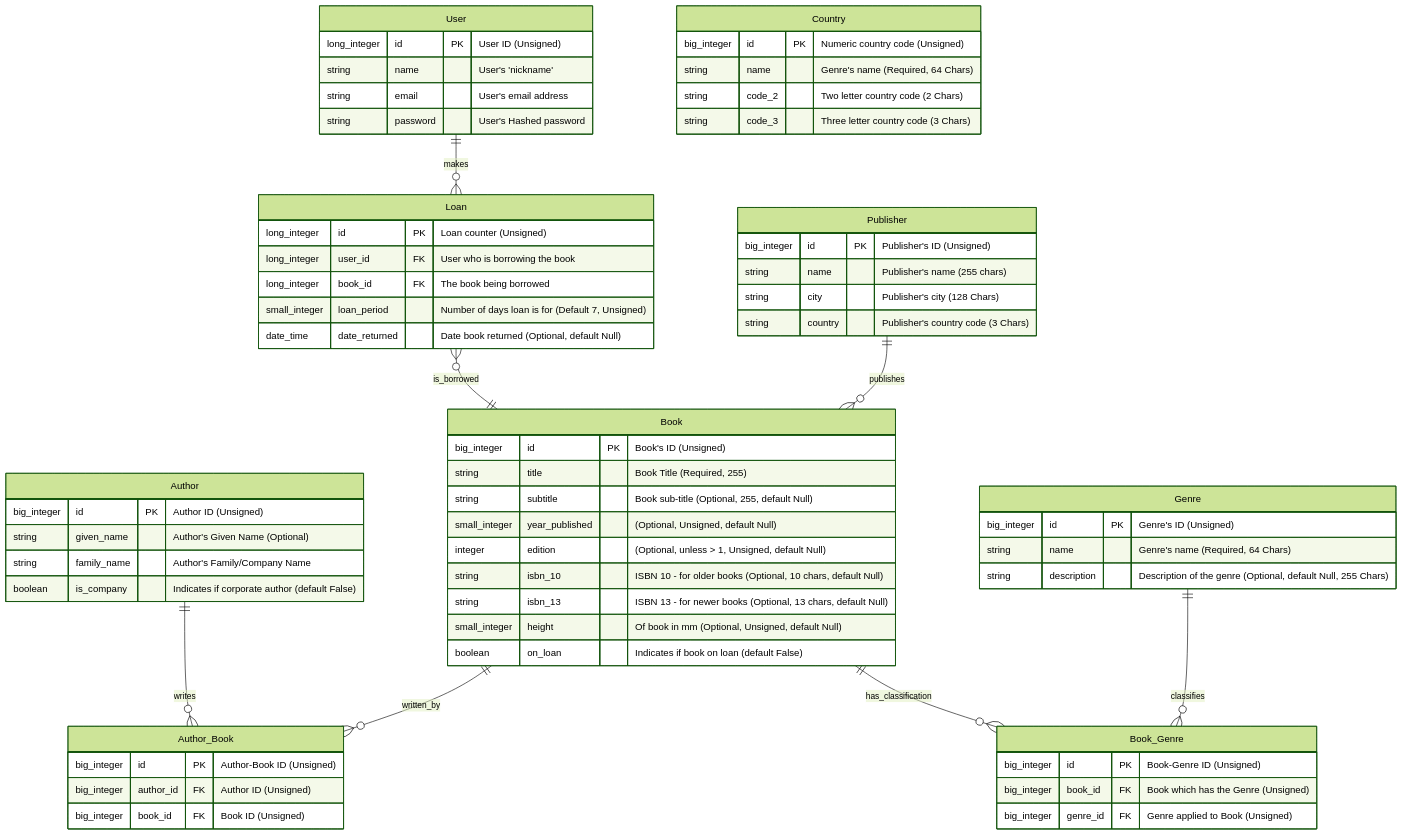
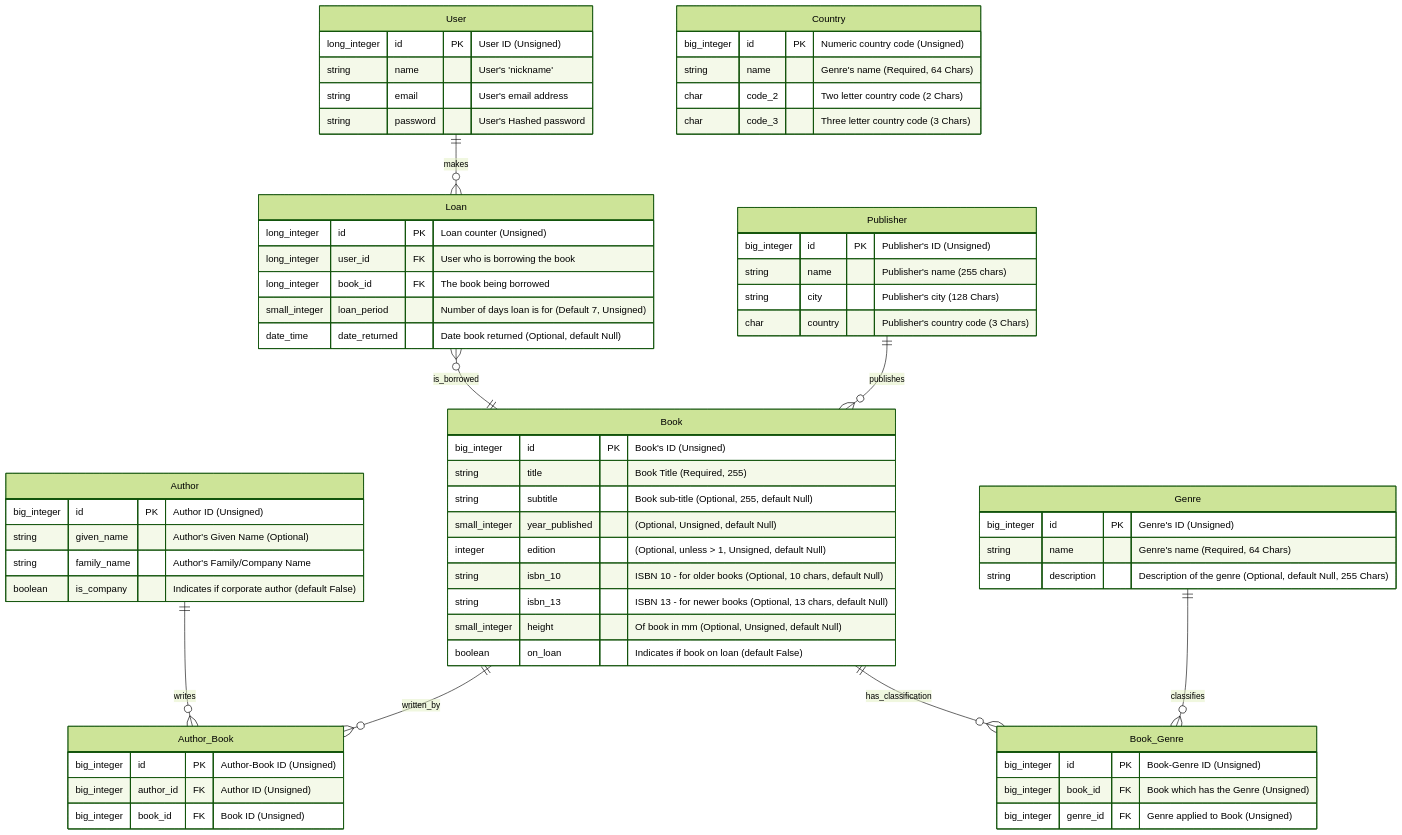
Before and after one commit to AdyGCode/ICT50120-SaaS-Library: the diagram in _docs/ReadMe-00-Library-ER.md, drawn with Mermaid.

Commit message:
fix(countries): Change code_* to be char type.

````diff
--- a/_docs/ReadMe-00-Library-ER.md
+++ b/_docs/ReadMe-00-Library-ER.md
@@ -6,78 +6,78 @@
 ```mermaid
 %%{init: {'theme': 'forest'}}%%
 
 erDiagram
     Loan {
         long_integer    id              PK      "Loan counter (Unsigned)"
         long_integer    user_id         FK      "User who is borrowing the book"
         long_integer    book_id         FK      "The book being borrowed"
         small_integer   loan_period             "Number of days loan is for (Default 7, Unsigned)"
         date_time       date_returned           "Date book returned (Optional, default Null)"
     }
 
     User {
         long_integer    id              PK      "User ID (Unsigned)"
         string          name                    "User's 'nickname'"
         string          email                   "User's email address"
         string          password                "User's Hashed password"
     }
     
     Author {
         big_integer     id              PK      "Author ID (Unsigned)"
         string          given_name              "Author's Given Name (Optional)"
         string          family_name             "Author's Family/Company Name"
         boolean         is_company              "Indicates if corporate author (default False)"
     }
     
     Book {
         big_integer     id              PK      "Book's ID (Unsigned)"
         string          title                   "Book Title (Required, 255)"
         string          subtitle                "Book sub-title (Optional, 255, default Null)"
         small_integer   year_published          "(Optional, Unsigned, default Null)"
         integer         edition                 "(Optional, unless > 1, Unsigned, default Null)"
         string          isbn_10                 "ISBN 10 - for older books (Optional, 10 chars, default Null)"
         string          isbn_13                 "ISBN 13 - for newer books (Optional, 13 chars, default Null)"
         small_integer   height                  "Of book in mm (Optional, Unsigned, default Null)"
         boolean         on_loan                 "Indicates if book on loan (default False)"
     }
     
     Publisher {
         big_integer     id              PK      "Publisher's ID (Unsigned)"
         string          name                    "Publisher's name (255 chars)"
         string          city                    "Publisher's city (128 Chars)"
-        string          country                 "Publisher's country code (3 Chars)"
+        char            country                 "Publisher's country code (3 Chars)"
     }
 
     Genre {
         big_integer     id              PK      "Genre's ID (Unsigned)"
         string          name                    "Genre's name (Required, 64 Chars)"
         string          description             "Description of the genre (Optional, default Null, 255 Chars)"
     }
 
     Book_Genre {
         big_integer     id              PK      "Book-Genre ID (Unsigned)"
         big_integer     book_id         FK      "Book which has the Genre (Unsigned)"
         big_integer     genre_id        FK      "Genre applied to Book (Unsigned)"
     }
         
     Author_Book {
         big_integer     id              PK      "Author-Book ID (Unsigned)"         
         big_integer     author_id       FK      "Author ID (Unsigned)" 
         big_integer     book_id         FK      "Book ID (Unsigned)" 
     }
 
     Country {
         big_integer     id              PK      "Numeric country code (Unsigned)"
         string          name                    "Genre's name (Required, 64 Chars)"
-        string          code_2             "Two letter country code (2 Chars)"
-        string          code_3             "Three letter country code (3 Chars)"
+        char            code_2             "Two letter country code (2 Chars)"
+        char            code_3             "Three letter country code (3 Chars)"
     }
 
     Publisher   ||--o{ Book             : publishes       
     Book        ||--o{ Book_Genre       : has_classification
     Book        ||--o{ Author_Book      : written_by
     Loan        }o--|| Book             : is_borrowed
     Genre       ||--o{ Book_Genre       : classifies
     Author      ||--o{ Author_Book      : writes 
     User        ||--o{ Loan             : makes
 ```
````
